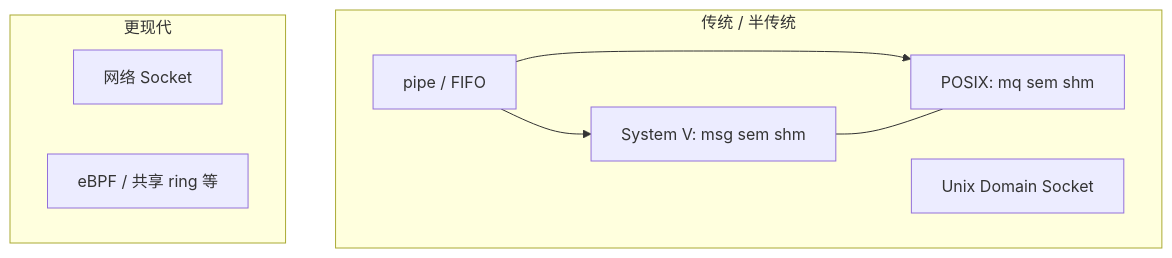
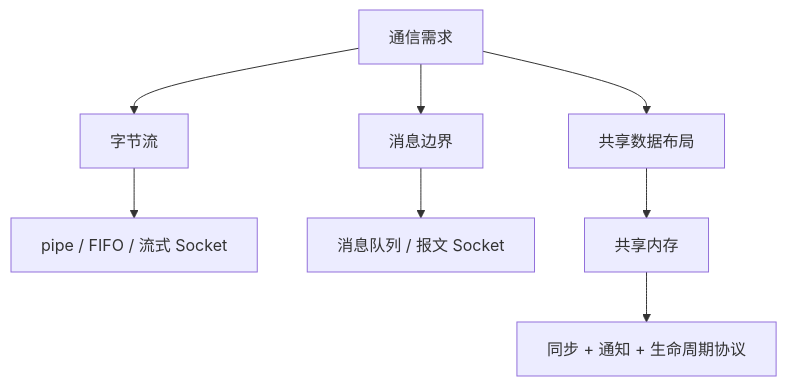
The second of 3 diagrams in content/knowledge/linux/内核机制/传统 IPC：System V 与 POSIX.md (y-Adrian/LocalBlog), drawn with Mermaid before and after one commit. The commit also changed other lines of this file and 10 other files, not shown here.

````diff
--- a/content/knowledge/linux/内核机制/传统 IPC：System V 与 POSIX.md
+++ b/content/knowledge/linux/内核机制/传统 IPC：System V 与 POSIX.md
@@ -56,16 +57,10 @@
 ```mermaid
 flowchart TB
-  subgraph legacy["传统 / 半传统"]
-    PIPE[pipe / FIFO]
-    SV[System V: msg sem shm]
-    PX[POSIX: mq sem shm]
-    UDS[Unix Domain Socket]
-  end
-  subgraph modern["更现代"]
-    SK[网络 Socket]
-    EBPF[eBPF / 共享 ring 等]
-  end
-  PIPE --> SV
-  PIPE --> PX
-  SV --- PX
+  NEED[通信需求] --> STREAM[字节流]
+  NEED --> MESSAGE[消息边界]
+  NEED --> MEMORY[共享数据布局]
+  STREAM --> PIPE[pipe / FIFO / 流式 Socket]
+  MESSAGE --> QUEUE[消息队列 / 报文 Socket]
+  MEMORY --> SHM[共享内存]
+  SHM --> SYNC[同步 + 通知 + 生命周期协议]
 ```
````
